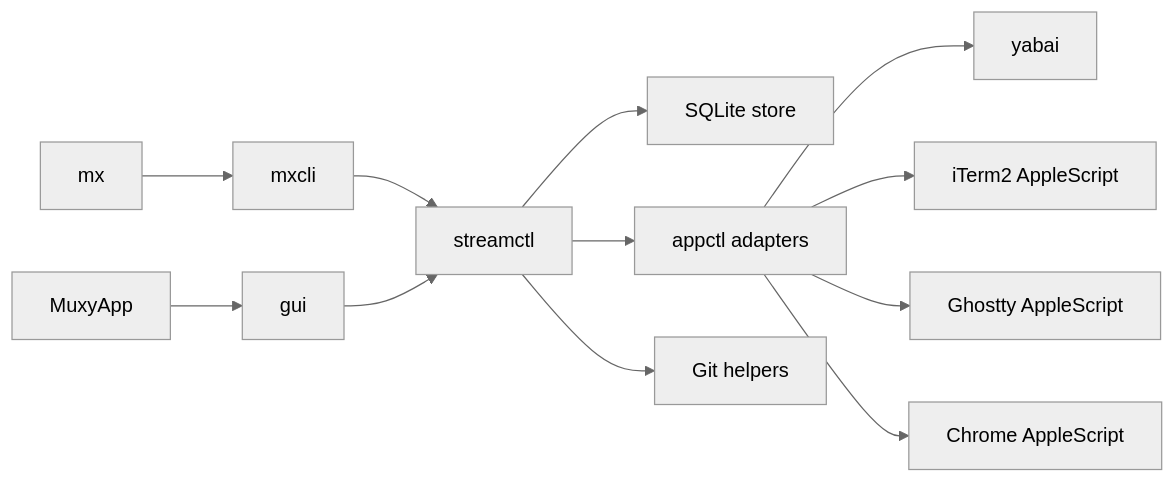
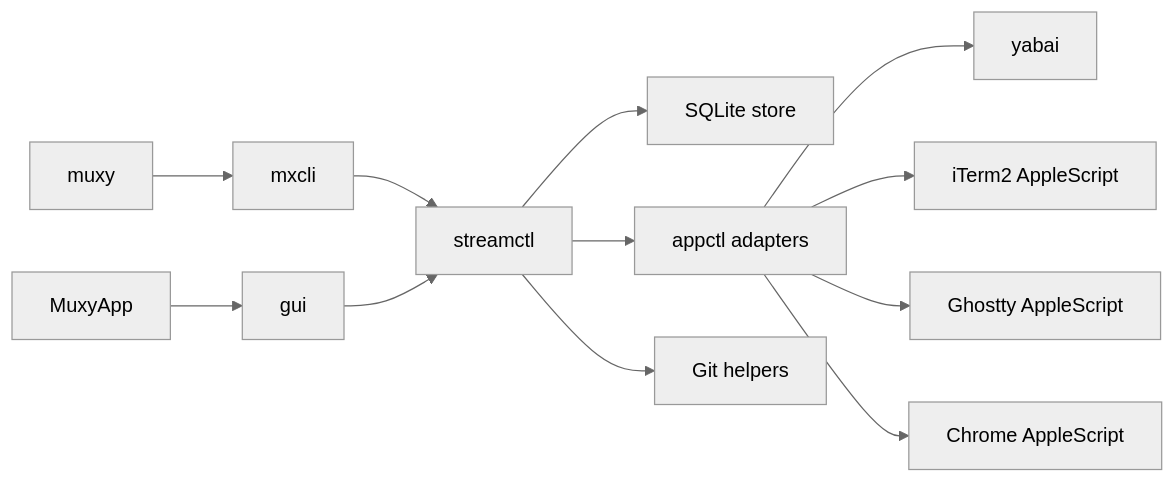
One commit to yogesh-dhande/spaces changed the diagram in apps/macos/docs/architecture.md. Above: the diagram before and after it, drawn with Mermaid (neutral theme). The commit also changed other lines of this file and 31 other files, not shown here.

Commit message:
Rename CLI to muxy

````diff
--- a/apps/macos/docs/architecture.md
+++ b/apps/macos/docs/architecture.md
@@ -17,16 +17,16 @@
 ```mermaid
 flowchart LR
-  cli["mx"] --> mxcli["mxcli"]
+  cli["muxy"] --> mxcli["mxcli"]
   mxcli --> stream["streamctl"]
   app["MuxyApp"] --> gui["gui"]
   gui --> stream
 
   stream --> store["SQLite store"]
   stream --> appctl["appctl adapters"]
   stream --> git["Git helpers"]
 
   appctl --> yabai["yabai"]
   appctl --> iterm["iTerm2 AppleScript"]
   appctl --> ghostty["Ghostty AppleScript"]
   appctl --> chrome["Chrome AppleScript"]
 ```
````
